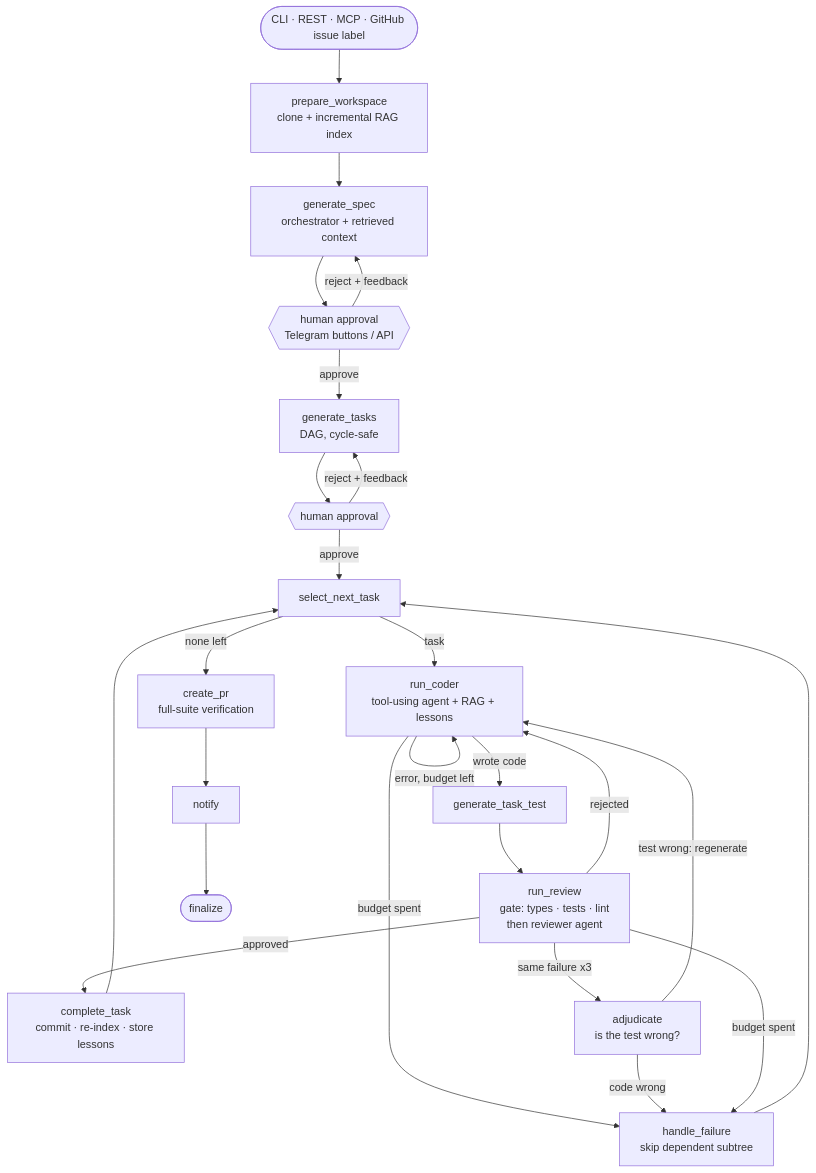
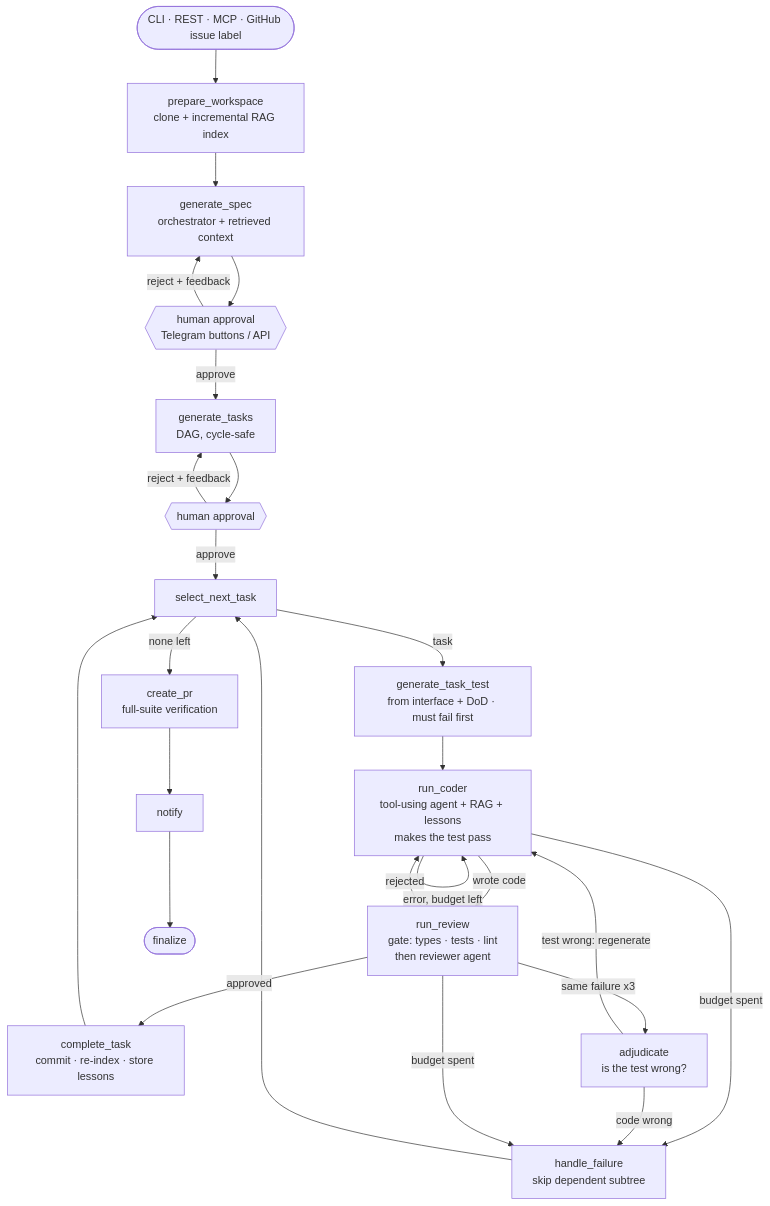
One commit to gavrilovdm/agentflow changed the diagram in README.md. Above: the diagram before and after it, drawn with Mermaid. The commit also changed other lines of this file and 26 other files, not shown here.

````diff
--- a/README.md
+++ b/README.md
@@ -7,26 +7,26 @@
 ```mermaid
 flowchart TD
     trigger([CLI · REST · MCP · GitHub issue label]) --> prep[prepare_workspace<br/>clone + incremental RAG index]
     prep --> spec[generate_spec<br/>orchestrator + retrieved context]
     spec --> hitl1{{human approval<br/>Telegram buttons / API}}
     hitl1 -- reject + feedback --> spec
     hitl1 -- approve --> plan[generate_tasks<br/>DAG, cycle-safe]
     plan --> hitl2{{human approval}}
     hitl2 -- reject + feedback --> plan
     hitl2 -- approve --> select[select_next_task]
-    select -- task --> coder[run_coder<br/>tool-using agent + RAG + lessons]
-    coder -- wrote code --> tests[generate_task_test]
+    select -- task --> tests[generate_task_test<br/>from interface + DoD · must fail first]
+    tests --> coder[run_coder<br/>tool-using agent + RAG + lessons<br/>makes the test pass]
+    coder -- wrote code --> review[run_review<br/>gate: types · tests · lint<br/>then reviewer agent]
     coder -- error, budget left --> coder
     coder -- budget spent --> fail
-    tests --> review[run_review<br/>gate: types · tests · lint<br/>then reviewer agent]
     review -- approved --> done[complete_task<br/>commit · re-index · store lessons]
     review -- rejected --> coder
     review -- same failure x3 --> referee[adjudicate<br/>is the test wrong?]
     referee -- test wrong: regenerate --> coder
     referee -- code wrong --> fail[handle_failure<br/>skip dependent subtree]
     review -- budget spent --> fail
     done --> select
     fail --> select
     select -- none left --> pr[create_pr<br/>full-suite verification]
     pr --> notify[notify] --> fin([finalize])
 ```
````
